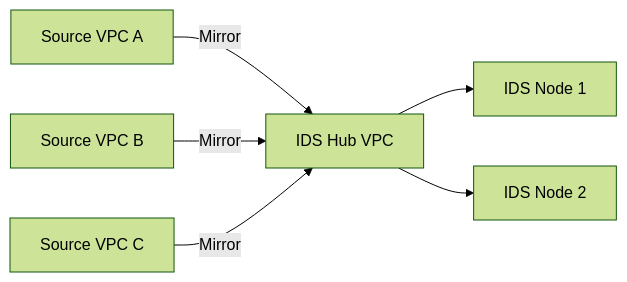
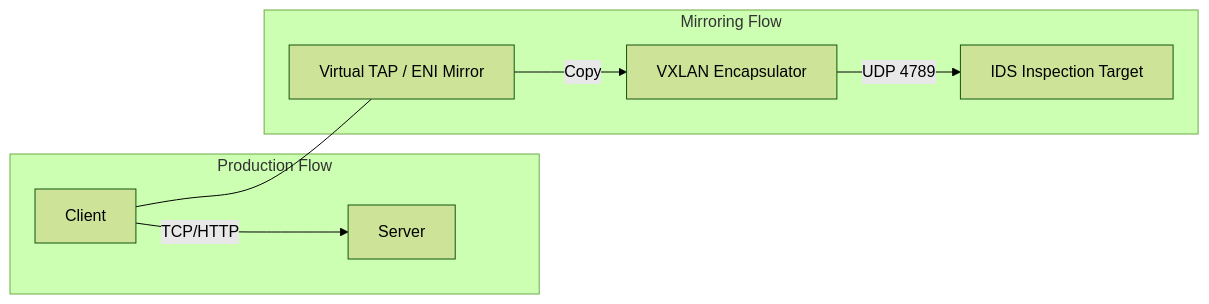
One commit to Devopstrio/traffic-mirroring-for-ids changed the second of 10 diagrams in README.md. Above: the diagram before and after it, drawn with Mermaid (forest theme). The commit also changed other lines of this file, not shown here.

Commit message:
docs: implement 10+ professional architecture diagrams for network threat visibility

````diff
--- a/README.md
+++ b/README.md
@@ -82,8 +123,16 @@
 ```mermaid
 graph LR
-    VPC1[Source VPC A] -->|Mirror| Hub[IDS Hub VPC]
-    VPC2[Source VPC B] -->|Mirror| Hub
-    VPC3[Source VPC C] -->|Mirror| Hub
-    Hub --> IDS1[IDS Node 1]
-    Hub --> IDS2[IDS Node 2]
+    subgraph Production["Production Flow"]
+        S[Client] -->|TCP/HTTP| D[Server]
+    end
+
+    subgraph Mirroring["Mirroring Flow"]
+        Tap[Virtual TAP / ENI Mirror]
+        Enc[VXLAN Encapsulator]
+        Dest[IDS Inspection Target]
+    end
+
+    S --- Tap
+    Tap -->|Copy| Enc
+    Enc -->|UDP 4789| Dest
 ```
````
